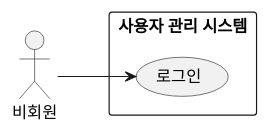
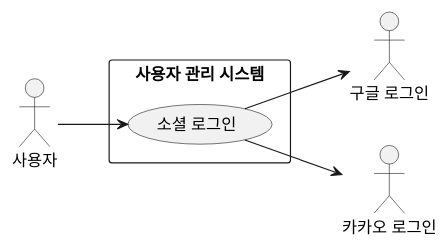
One commit to wzrabbit/closet-fairy-diagrams changed the diagram in src/content/docs/use-cases/2/2-2.md. Above: the diagram before and after it, drawn with PlantUML. The commit also changed other lines of this file and 7 other files, not shown here.

Commit message:
docs: 사용자 관리 SRS 상세화 (소셜 로그인 전환)

````diff
--- a/src/content/docs/use-cases/2/2-2.md
+++ b/src/content/docs/use-cases/2/2-2.md
@@ -15,15 +61,19 @@
 ```plantuml
 @startuml
 left to right direction
 skinparam packageStyle rectangle
 skinparam shadowing false
 
-actor "비회원" as Guest
+actor "사용자" as User
+actor "구글 로그인" as Google
+actor "카카오 로그인" as Kakao
 
 rectangle "사용자 관리 시스템" {
-  usecase "로그인" as Login
+  usecase "소셜 로그인" as Login
 }
 
-Guest --> Login
+User --> Login
+Login --> Google
+Login --> Kakao
 @enduml
 ```
````
